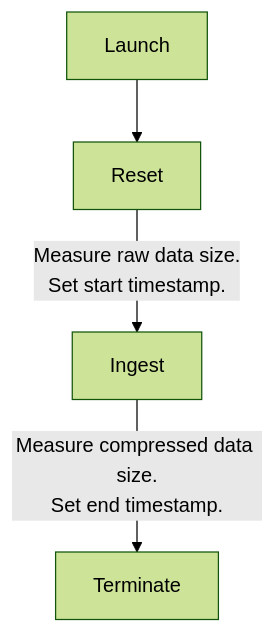
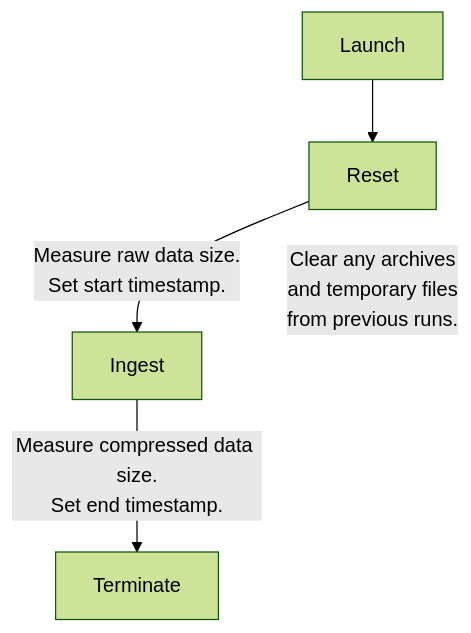
One commit to anlowee/clp-bench changed the first of 2 diagrams in docs/methodology.md. Above: the diagram before and after it, drawn with Mermaid (forest theme). The commit also changed other lines of this file and 43 other files, not shown here.

````diff
--- a/docs/methodology.md
+++ b/docs/methodology.md
@@ -140,6 +43,7 @@
 ```mermaid
 flowchart TD
     Launch --> Reset
     Reset -->|Measure raw data size.<br>Set start timestamp.| Ingest
+    Reset ~~~|Clear any archives <br>and temporary files<br> from previous runs.| Reset
     Ingest -->|Measure compressed data size.<br>Set end timestamp.| Terminate
 ```
````
